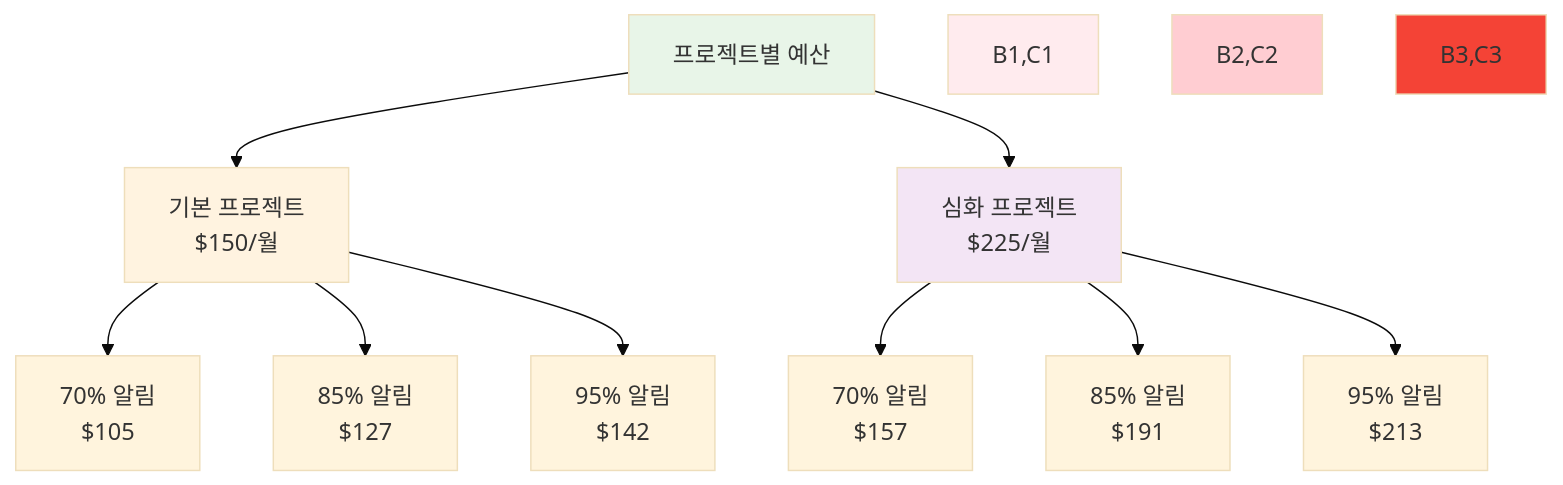
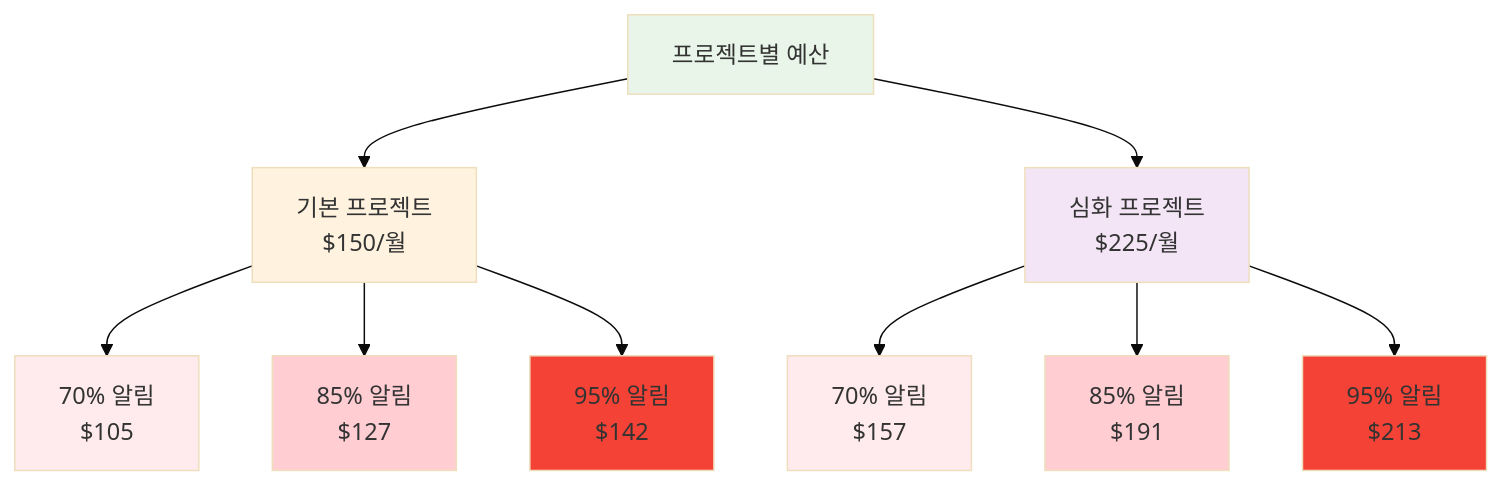
The second of 4 diagrams in theory/guide/aws_account_setup_guide.md (niceguy61/kdt_devops_lecture_2025), drawn with Mermaid (base theme) before and after one commit. The commit also changed other lines of this file, not shown here.

Commit message:
mermaid 수정

````diff
--- a/theory/guide/aws_account_setup_guide.md
+++ b/theory/guide/aws_account_setup_guide.md
@@ -226,20 +226,23 @@
 ```mermaid
 graph TB
     A[프로젝트별 예산] --> B[기본 프로젝트<br/>$150/월]
     A --> C[심화 프로젝트<br/>$225/월]
     
     B --> B1[70% 알림<br/>$105]
     B --> B2[85% 알림<br/>$127]
     B --> B3[95% 알림<br/>$142]
     
     C --> C1[70% 알림<br/>$157]
     C --> C2[85% 알림<br/>$191]
     C --> C3[95% 알림<br/>$213]
     
     style A fill:#e8f5e8
     style B fill:#fff3e0
     style C fill:#f3e5f5
-    style B1,C1 fill:#ffebee
-    style B2,C2 fill:#ffcdd2
-    style B3,C3 fill:#f44336
+    style B1 fill:#ffebee
+    style C1 fill:#ffebee
+    style B2 fill:#ffcdd2
+    style C2 fill:#ffcdd2
+    style B3 fill:#f44336
+    style C3 fill:#f44336
 ```
````
